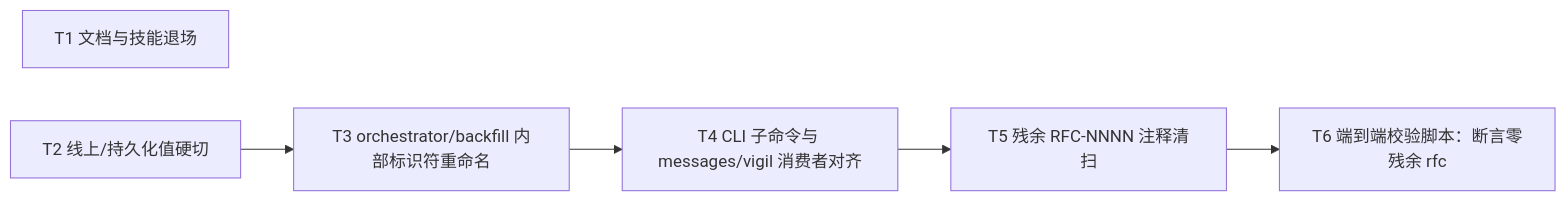
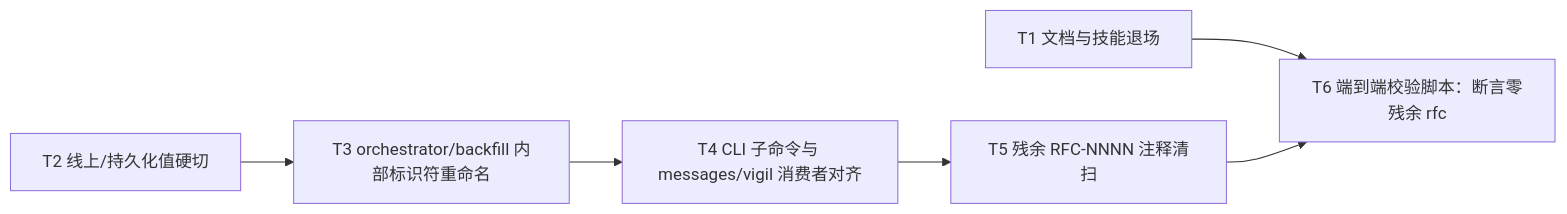
Diagram 50 of 51 in docs/specs/OVERVIEW.md (Curry09/OpenAgents), drawn with Mermaid before and after one commit. The commit also changed other lines of this file and 1 other file, not shown here.

````diff
--- a/docs/specs/OVERVIEW.md
+++ b/docs/specs/OVERVIEW.md
@@ -1205,13 +1206,14 @@
 ```mermaid
 graph LR
     nT1["T1 文档与技能退场"]
     nT2["T2 线上/持久化值硬切"]
     nT3["T3 orchestrator/backfill 内部标识符重命名"]
     nT4["T4 CLI 子命令与 messages/vigil 消费者对齐"]
     nT5["T5 残余 RFC-NNNN 注释清扫"]
     nT6["T6 端到端校验脚本：断言零残余 rfc"]
     nT2 --> nT3
     nT3 --> nT4
     nT4 --> nT5
+    nT1 --> nT6
     nT5 --> nT6
 ```
````
